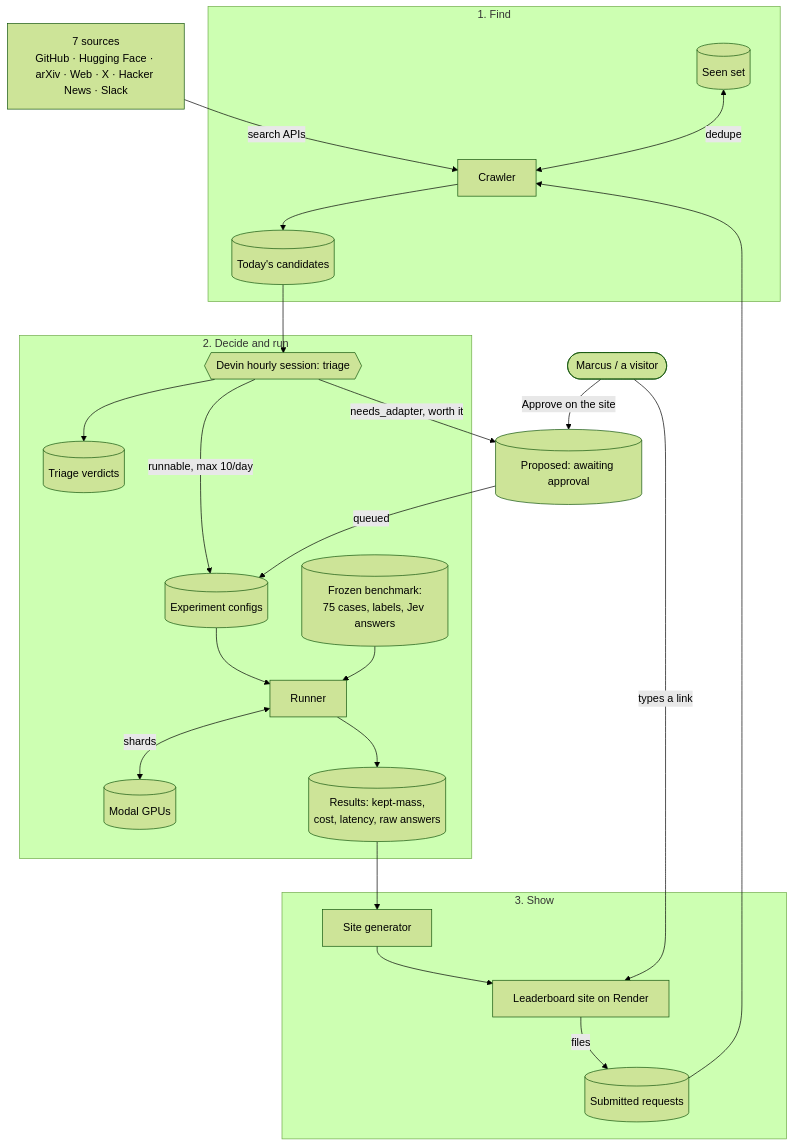
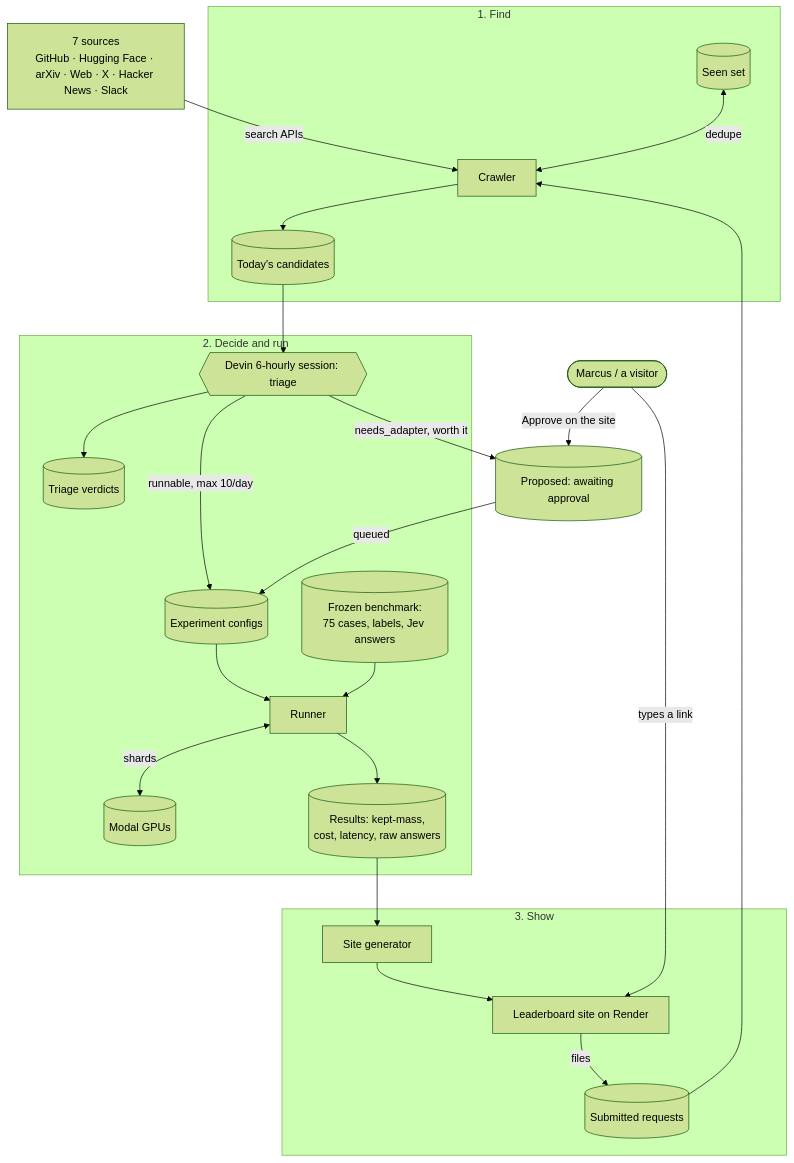
Before and after one commit to marcus-rox/jev-tracker: the first of 3 diagrams in README.md, drawn with Mermaid (forest theme). The commit also changed other lines of this file and 9 other files, not shown here.

````diff
--- a/README.md
+++ b/README.md
@@ -38,36 +39,36 @@
 ```mermaid
 flowchart TB
   SRC["7 sources<br/>GitHub · Hugging Face · arXiv · Web · X · Hacker News · Slack"]
   USER([Marcus / a visitor])
   subgraph Find["1. Find"]
     CRAWL[Crawler]
     SEEN[(Seen set)]
     CAND[(Today's candidates)]
   end
   subgraph Decide["2. Decide and run"]
-    DEVIN{{Devin hourly session: triage}}
+    DEVIN{{Devin 6-hourly session: triage}}
     TRI[(Triage verdicts)]
     CFG[(Experiment configs)]
     RUN[Runner]
     MODAL[(Modal GPUs)]
     BENCH[(Frozen benchmark:<br/>75 cases, labels, Jev answers)]
     RES[(Results: kept-mass,<br/>cost, latency, raw answers)]
   end
   subgraph Show["3. Show"]
     GEN[Site generator]
     SITE[Leaderboard site on Render]
     REQ[(Submitted requests)]
   end
   SRC -->|search APIs| CRAWL
   SEEN <-->|dedupe| CRAWL
   REQ --> CRAWL
   CRAWL --> CAND --> DEVIN
   DEVIN --> TRI
   DEVIN -->|runnable, max 10/day| CFG --> RUN
   DEVIN -->|needs_adapter, worth it| PROP[(Proposed: awaiting approval)]
   USER -->|Approve on the site| PROP -->|queued| CFG
   BENCH --> RUN
   RUN <-->|shards| MODAL
   RUN --> RES --> GEN --> SITE
   USER -->|types a link| SITE -->|files| REQ
 ```
````
